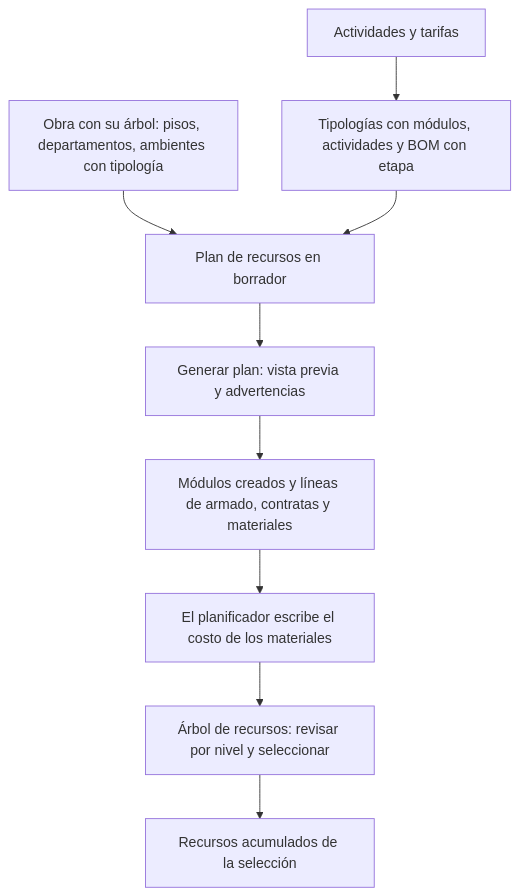
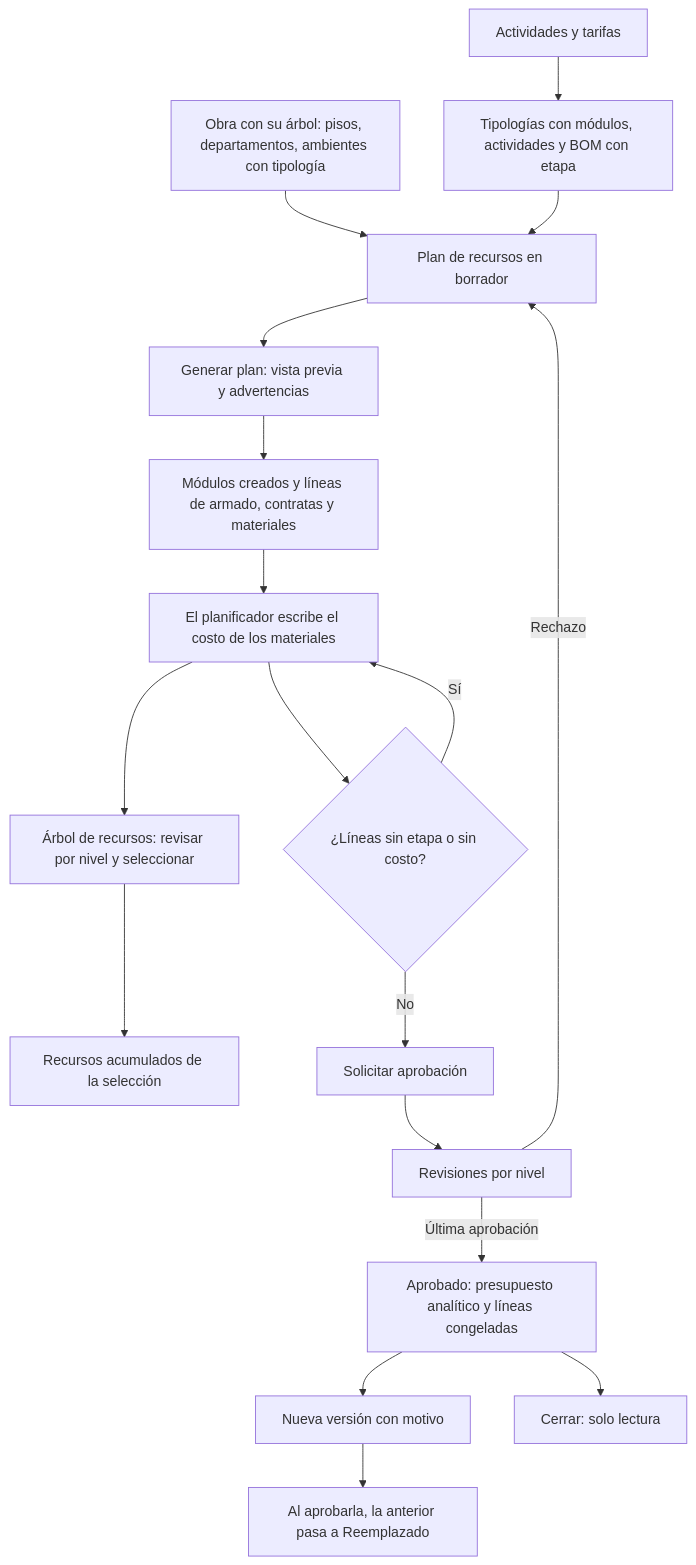
The diagram in OL-PROJECTS/al_construction_planner/GUIA_FUNCIONAL.md (olanoit/ol_new_apps), drawn with Mermaid before and after one commit. The commit also changed other lines of this file and 37 other files, not shown here.

First line of the commit message:
[IMP] al_construction_planner: fase 3, línea base (aprobación, presupuesto y versiones)

````diff
--- a/OL-PROJECTS/al_construction_planner/GUIA_FUNCIONAL.md
+++ b/OL-PROJECTS/al_construction_planner/GUIA_FUNCIONAL.md
@@ -39,11 +43,20 @@
 ```mermaid
 flowchart TD
   A[Actividades y tarifas] --> C[Tipologías con módulos, actividades y BOM con etapa]
   B[Obra con su árbol: pisos, departamentos, ambientes con tipología] --> D
   C --> D[Plan de recursos en borrador]
   D --> E[Generar plan: vista previa y advertencias]
   E --> F[Módulos creados y líneas de armado, contratas y materiales]
   F --> G[El planificador escribe el costo de los materiales]
   G --> H[Árbol de recursos: revisar por nivel y seleccionar]
   H --> I[Recursos acumulados de la selección]
+  G --> J{¿Líneas sin etapa o sin costo?}
+  J -- Sí --> G
+  J -- No --> K[Solicitar aprobación]
+  K --> L[Revisiones por nivel]
+  L -- Rechazo --> D
+  L -- Última aprobación --> M[Aprobado: presupuesto analítico y líneas congeladas]
+  M --> N[Nueva versión con motivo]
+  N --> O[Al aprobarla, la anterior pasa a Reemplazado]
+  M --> P[Cerrar: solo lectura]
 ```
````
